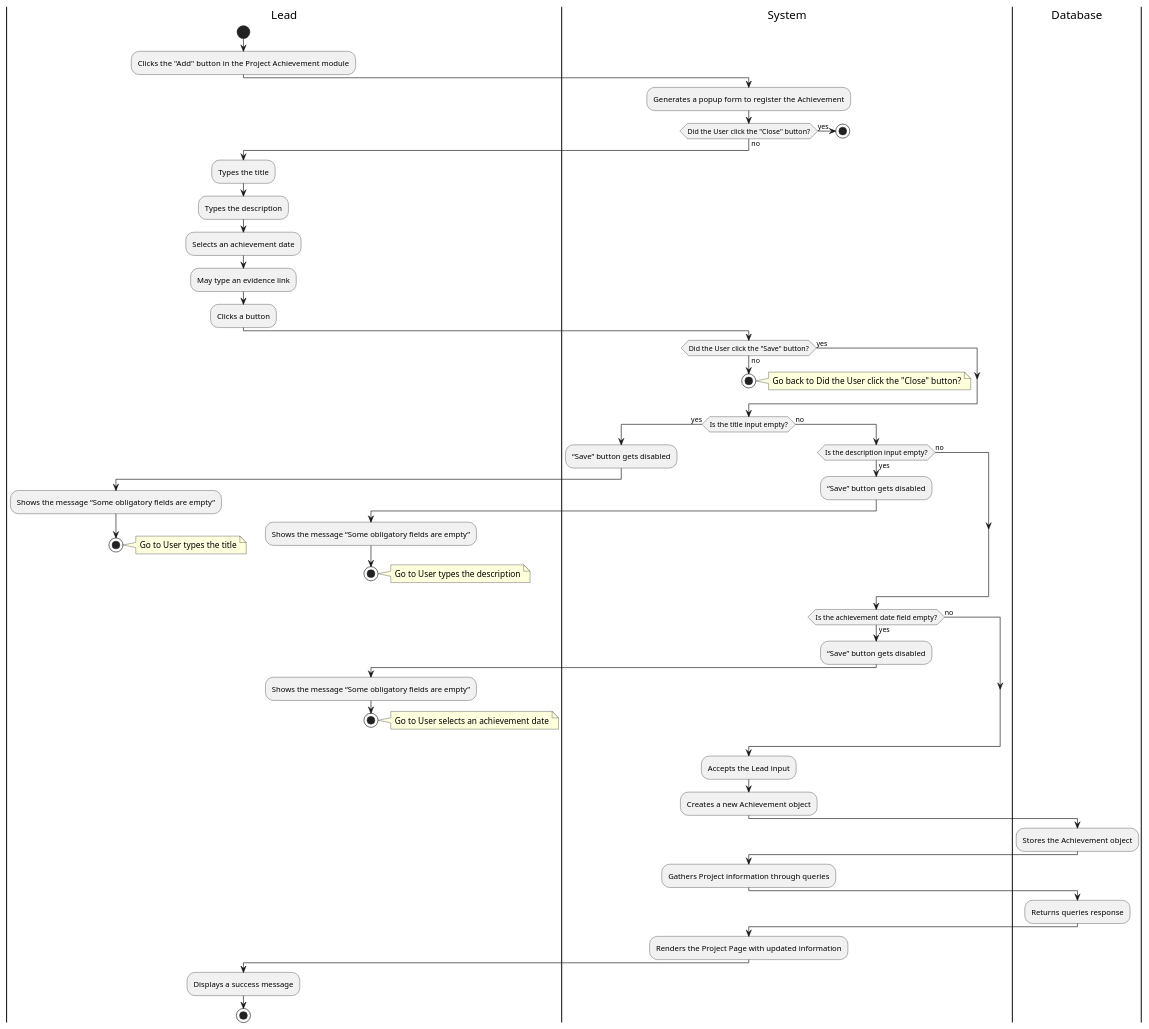
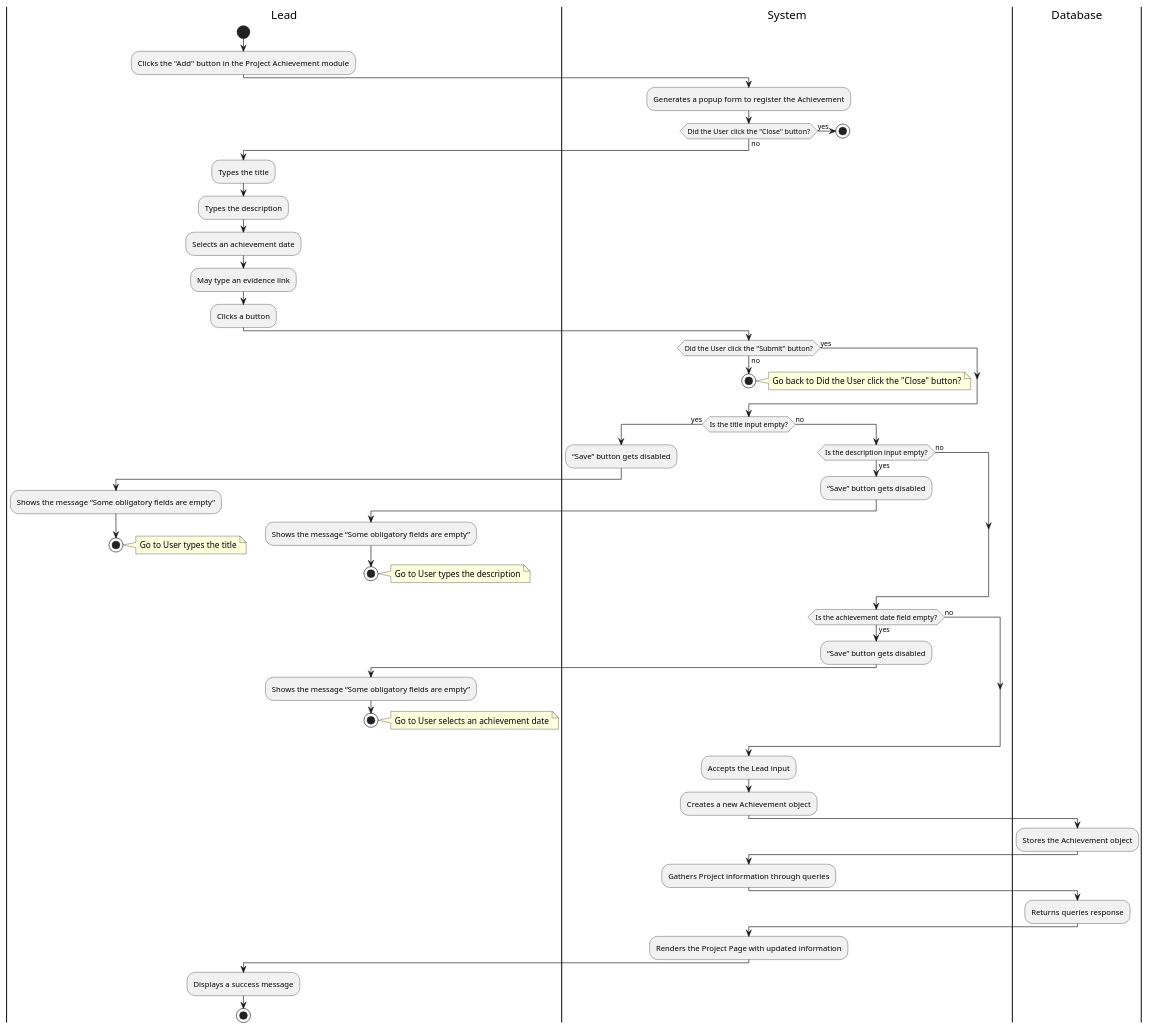
One commit to Berthou05/LimboSoftwareDevelopment_Change.org changed the diagram in documentation/activity_diagrams/PROJ-13-ActivityDiagram.puml. Above: the diagram before and after it, drawn with PlantUML. The commit also changed 2 other files, not shown here.

Commit message:
[DOCS]: Modification of the Activity Diagram PROJ-13. Addition of PROJ-09, PROJ-13 SD

```diff
--- a/documentation/activity_diagrams/PROJ-13-ActivityDiagram.puml
+++ b/documentation/activity_diagrams/PROJ-13-ActivityDiagram.puml
@@ -1,82 +1,82 @@
 @startuml
 
 |Lead|
 start
 :Clicks the "Add" button in the Project Achievement module;
 |System|
 :Generates a popup form to register the Achievement;
 if(Did the User click the "Close" button?) is (yes) then
     stop
 else(no)
 end if
 
 |Lead|
 :Types the title;
 :Types the description;
 :Selects an achievement date;
 :May type an evidence link;
 :Clicks a button;
 
 |System|
-if(Did the User click the "Save" button?) is (yes) then
+if(Did the User click the "Submit" button?) is (yes) then
 else(no)
     stop
     note right
         Go back to Did the User click the "Close" button?
     end note
 end if
 
 |System|
 if(Is the title input empty?) is (yes) then
     |System|
     :“Save” button gets disabled;
     |Lead|
     :Shows the message “Some obligatory fields are empty”;
     stop
     note right
         Go to User types the title
     end note
     |System|
 else(no)
     if(Is the description input empty?) is (yes) then
         |System|
         :“Save” button gets disabled;
         |Lead|
         :Shows the message “Some obligatory fields are empty”;
         stop
         note right
             Go to User types the description
         end note
         |System|
     else(no)
     end if
         if(Is the achievement date field empty?) is (yes) then
             |System|
             :“Save” button gets disabled;
             |Lead|
             :Shows the message “Some obligatory fields are empty”;
             stop
             note right
                 Go to User selects an achievement date
             end note
             |System|
         else(no)
         end if
     end if
     |System|
     :Accepts the Lead input;
     :Creates a new Achievement object;
     |Database|
     :Stores the Achievement object;
     |System|
     :Gathers Project information through queries;
     |Database|
     :Returns queries response;
     |System|
     :Renders the Project Page with updated information;
     |Lead|
     :Displays a success message;
     stop
 
 
 @enduml
```
